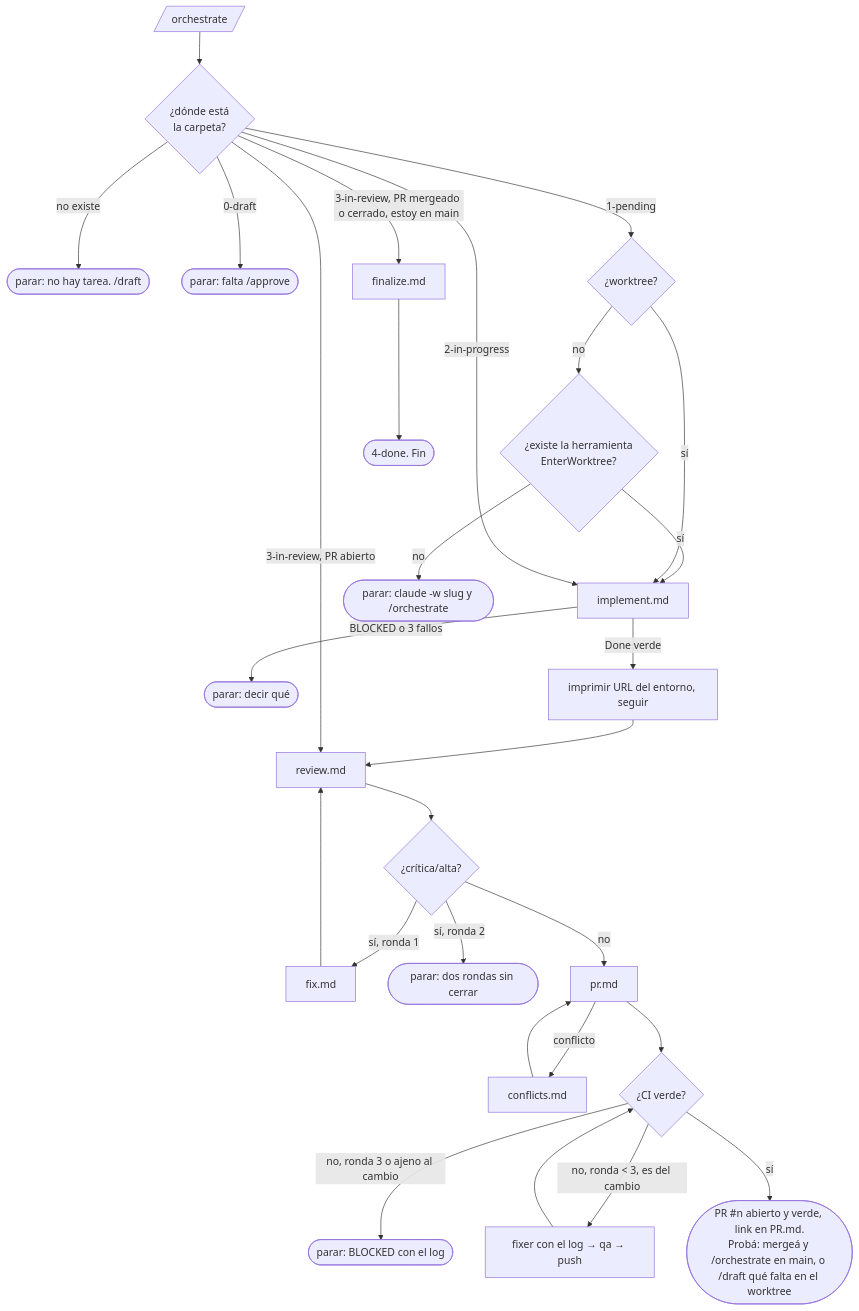
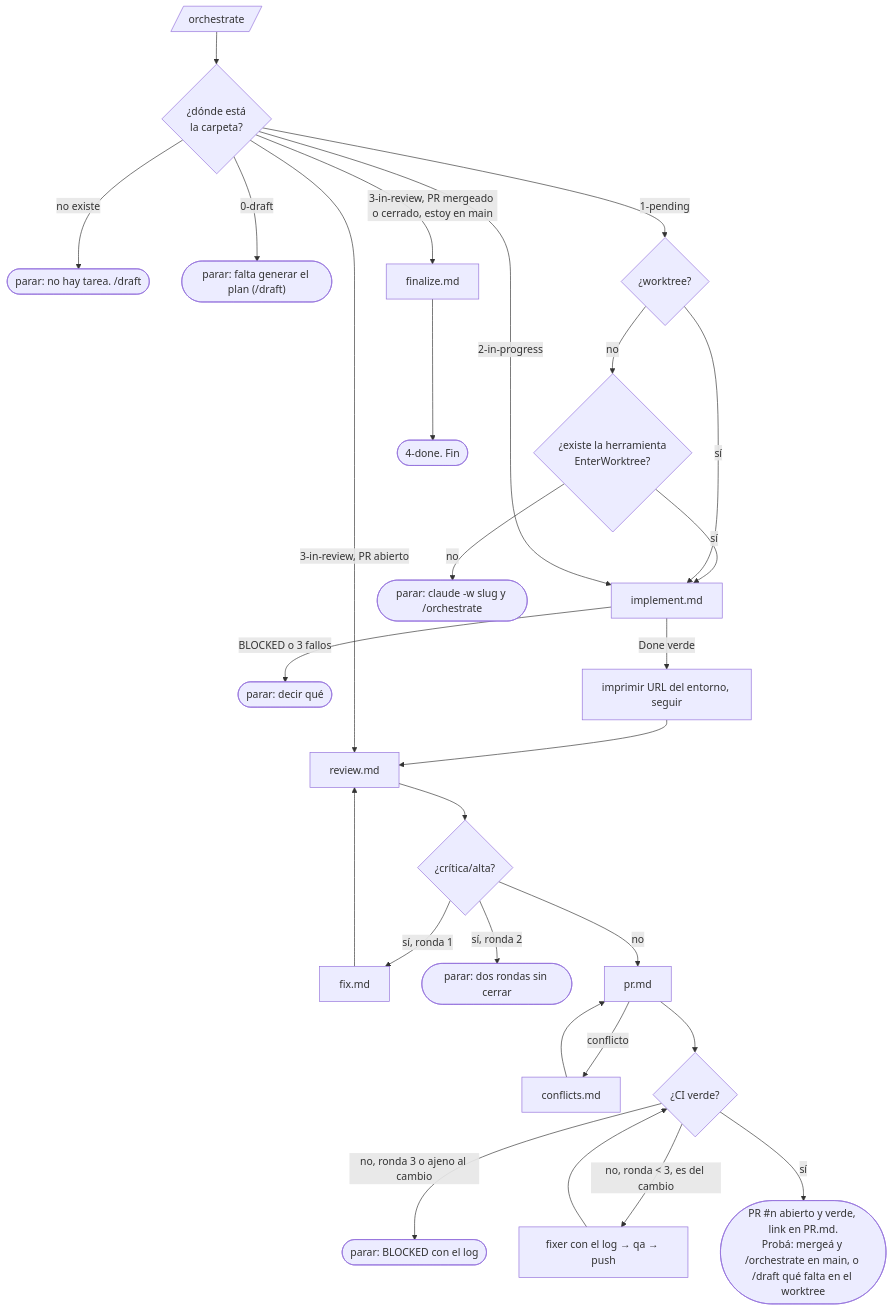
One commit to octavio-parozlabs/mindstack changed the second of 2 diagrams in skills/workflow/references/orchestrate.md. Above: the diagram before and after it, drawn with Mermaid. The commit also changed other lines of this file and 24 other files, not shown here.

````diff
--- a/skills/workflow/references/orchestrate.md
+++ b/skills/workflow/references/orchestrate.md
@@ -23,26 +23,26 @@
 ```mermaid
 flowchart TD
     IN[/orchestrate/] --> ST{¿dónde está\nla carpeta?}
     ST -- no existe --> FIN0(["parar: no hay tarea. /draft"])
-    ST -- 0-draft --> FIN1(["parar: falta /approve"])
+    ST -- 0-draft --> FIN1(["parar: falta generar el plan (/draft)"])
     ST -- 1-pending --> WT{¿worktree?}
     WT -- no --> EW{¿existe la herramienta\nEnterWorktree?}
     EW -- sí --> IM
     EW -- no --> FIN2(["parar: claude -w slug y /orchestrate"])
     WT -- sí --> IM[implement.md]
     ST -- 2-in-progress --> IM
     IM -- BLOCKED o 3 fallos --> FIN3([parar: decir qué])
     IM -- Done verde --> URL[imprimir URL del entorno, seguir]
     URL --> RV[review.md]
     ST -- 3-in-review, PR mergeado o cerrado, estoy en main --> FZ[finalize.md] --> FIN7(["4-done. Fin"])
     ST -- 3-in-review, PR abierto --> RV
     RV --> H{¿crítica/alta?}
     H -- sí, ronda 1 --> CO[fix.md] --> RV
     H -- sí, ronda 2 --> FIN4([parar: dos rondas sin cerrar])
     H -- no --> PRC[pr.md]
     PRC -- conflicto --> CF[conflicts.md] --> PRC
     PRC --> CI{¿CI verde?}
     CI -- no, ronda < 3, es del cambio --> CIF[fixer con el log → qa → push] --> CI
     CI -- no, ronda 3 o ajeno al cambio --> FIN6([parar: BLOCKED con el log])
     CI -- sí --> FIN5(["PR #n abierto y verde, link en PR.md.\nProbá: mergeá y /orchestrate en main, o /draft qué falta en el worktree"])
 ```
````
